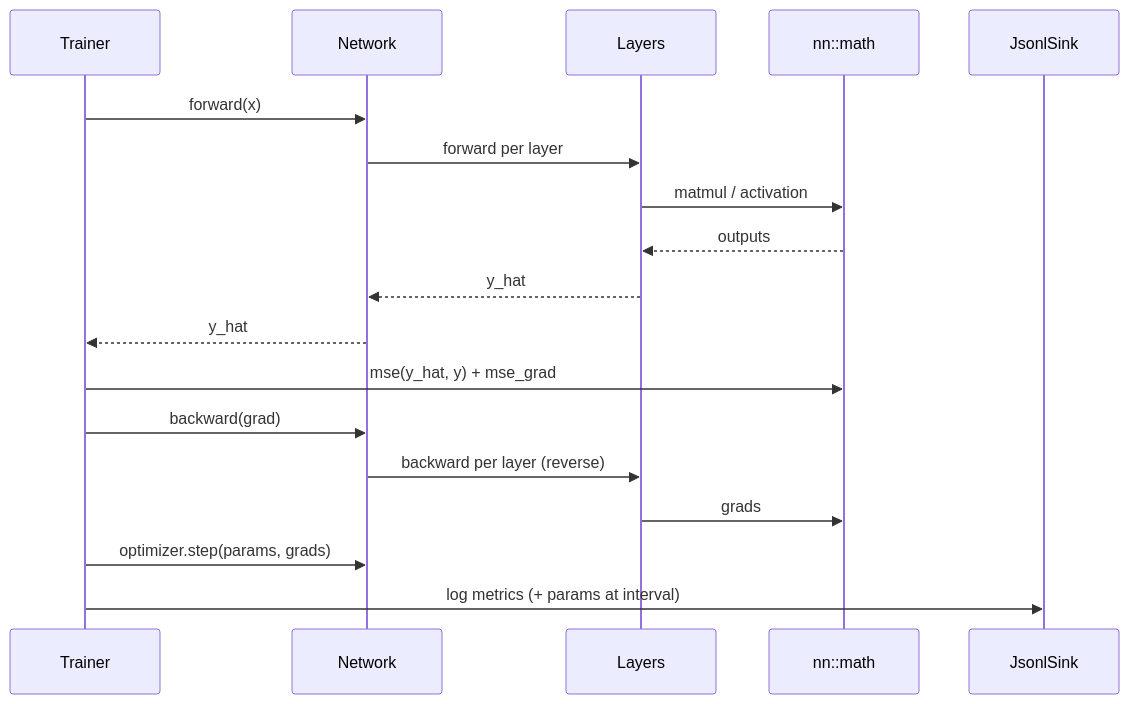
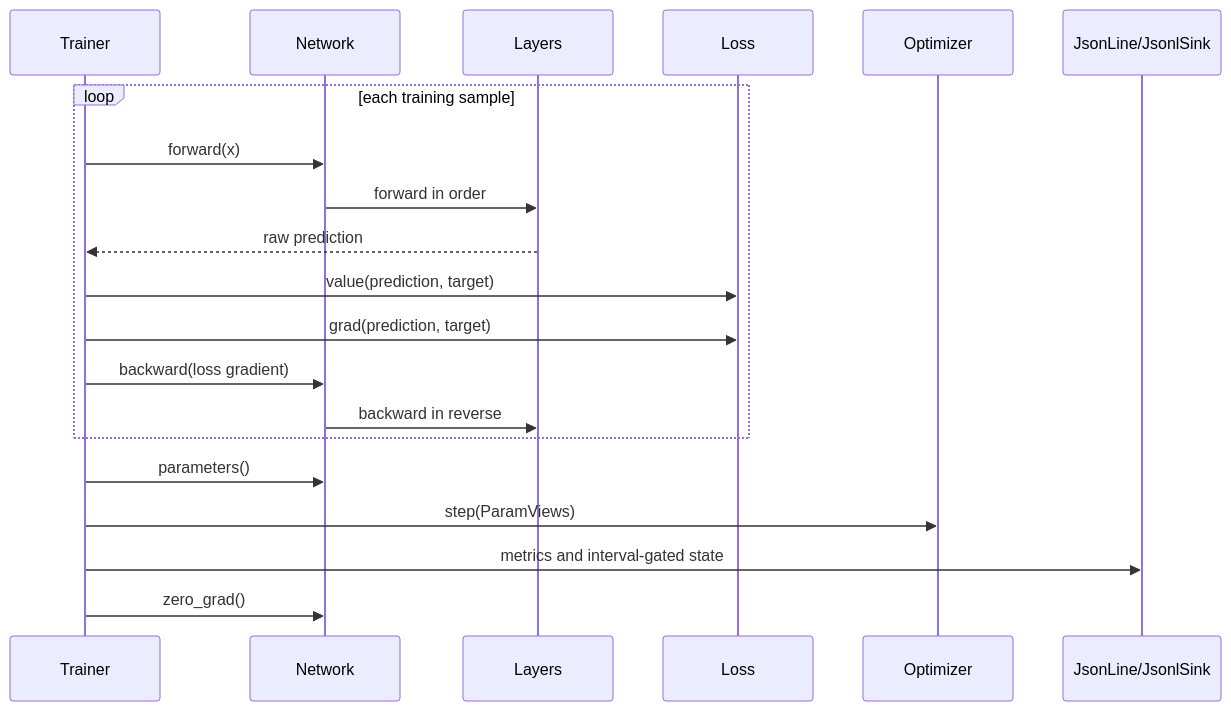
The second of 2 diagrams in docs/ARCHITECTURE.md (johnafin1/simple-nn-visualisation), drawn with Mermaid before and after one commit. The commit also changed other lines of this file and 52 other files, not shown here.

````diff
--- a/docs/ARCHITECTURE.md
+++ b/docs/ARCHITECTURE.md
@@ -98,21 +124,23 @@
 ```mermaid
 sequenceDiagram
   participant T as Trainer
   participant N as Network
   participant L as Layers
-  participant M as nn::math
-  participant Lg as JsonlSink
+  participant Loss as Loss
+  participant O as Optimizer
+  participant J as JsonLine/JsonlSink
 
-  T->>N: forward(x)
-  N->>L: forward per layer
-  L->>M: matmul / activation
-  M-->>L: outputs
-  L-->>N: y_hat
-  N-->>T: y_hat
-  T->>M: mse(y_hat, y) + mse_grad
-  T->>N: backward(grad)
-  N->>L: backward per layer (reverse)
-  L->>M: grads
-  T->>N: optimizer.step(params, grads)
-  T->>Lg: log metrics (+ params at interval)
+  loop each training sample
+    T->>N: forward(x)
+    N->>L: forward in order
+    L-->>T: raw prediction
+    T->>Loss: value(prediction, target)
+    T->>Loss: grad(prediction, target)
+    T->>N: backward(loss gradient)
+    N->>L: backward in reverse
+  end
+  T->>N: parameters()
+  T->>O: step(ParamViews)
+  T->>J: metrics and interval-gated state
+  T->>N: zero_grad()
 ```
````
